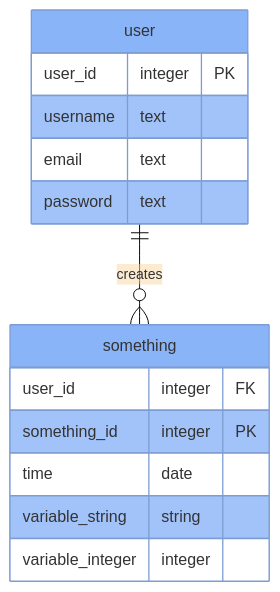
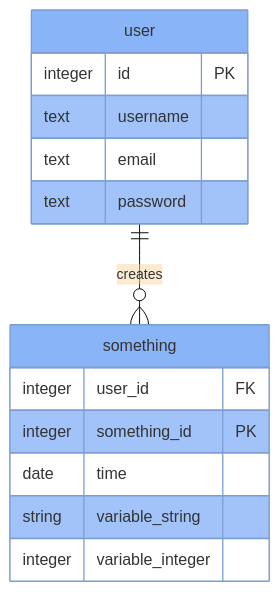
Before and after one commit to mathbike/mathbike.github.io: the diagram in _posts/2022-11-15-flask.md, drawn with Mermaid. The commit also changed other lines of this file, not shown here.

````diff
--- a/_posts/2022-11-15-flask.md
+++ b/_posts/2022-11-15-flask.md
@@ -73,18 +73,18 @@
 ```mermaid
 %%{init: {'theme': 'base', 'themeVariables': { 'primaryColor': '#8ab4f8', 'textColor': 'black'}}}%%
 erDiagram
     user ||--o{ something : creates
     user {
-        user_id integer PK
-        username text
-        email text
-        password text
+        integer id PK
+        text username
+        text email
+        text password
     }
     something {
-        user_id integer FK
-        something_id integer PK
-        time date
-        variable_string string
-        variable_integer integer
+        integer user_id FK
+        integer something_id PK
+        date time
+        string variable_string
+        integer variable_integer
     }
 ```
````
